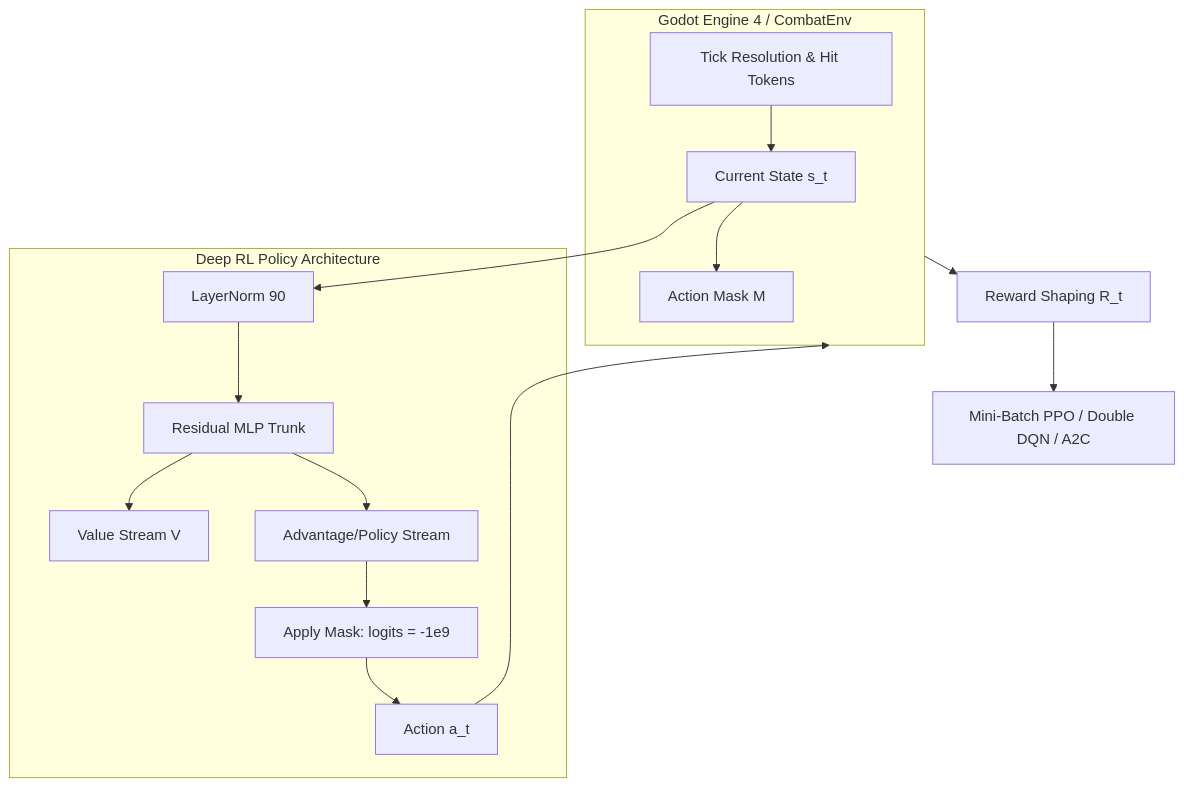
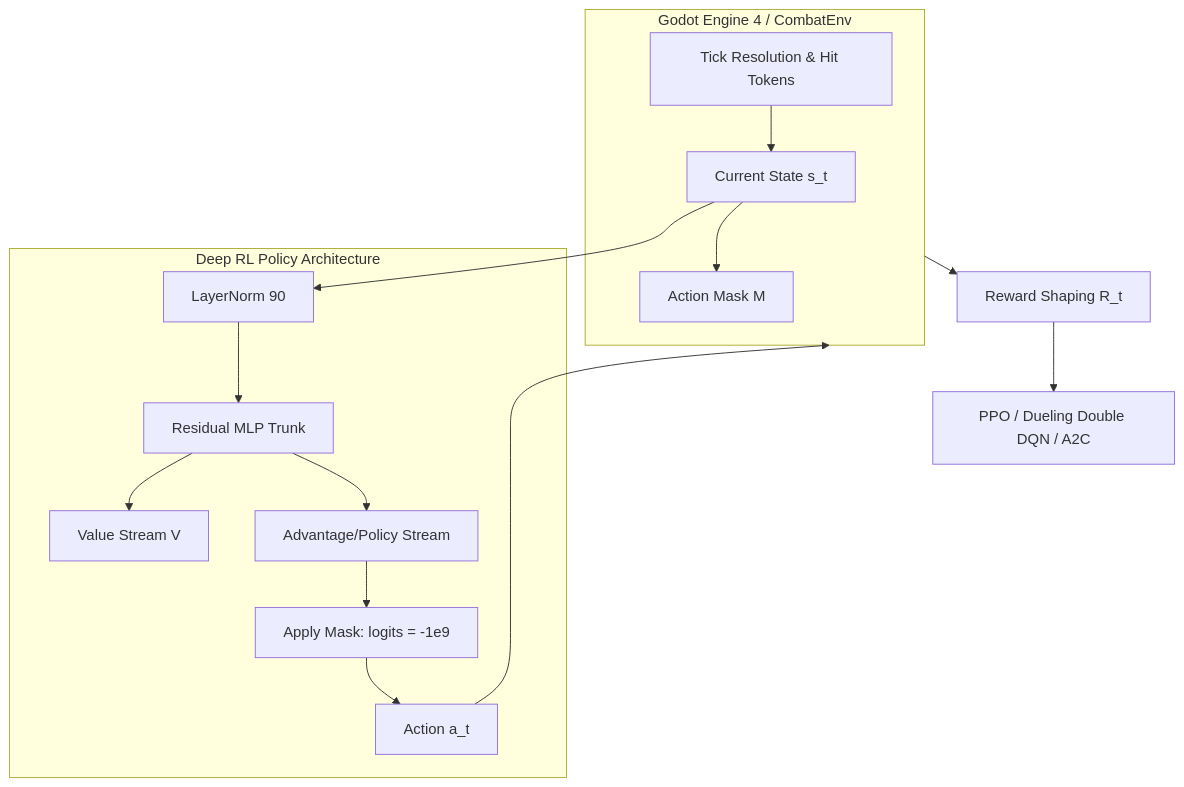
One commit to JATAYU000/Team_rotation_optimiser changed the diagram in RL_COMBAT_SYSTEM_REPORT.md. Above: the diagram before and after it, drawn with Mermaid. The commit also changed other lines of this file and 1 other file, not shown here.

````diff
--- a/RL_COMBAT_SYSTEM_REPORT.md
+++ b/RL_COMBAT_SYSTEM_REPORT.md
@@ -248,20 +249,20 @@
 ```mermaid
 flowchart TD
     subgraph Environment ["Godot Engine 4 / CombatEnv"]
         S[Current State s_t] --> M[Action Mask M]
         Combat[Tick Resolution & Hit Tokens] --> S
     end
 
     subgraph Agent ["Deep RL Policy Architecture"]
         S --> InputNorm[LayerNorm 90]
         InputNorm --> Trunk[Residual MLP Trunk]
         Trunk --> ValHead[Value Stream V]
         Trunk --> AdvHead[Advantage/Policy Stream]
         AdvHead --> Masking[Apply Mask: logits = -1e9]
         Masking --> ActionChoice[Action a_t]
     end
 
     ActionChoice --> Environment
     Environment --> RewardCalc[Reward Shaping R_t]
-    RewardCalc --> Optimization[Mini-Batch PPO / Double DQN / A2C]
+    RewardCalc --> Optimization[PPO / Dueling Double DQN / A2C]
 ```
````
